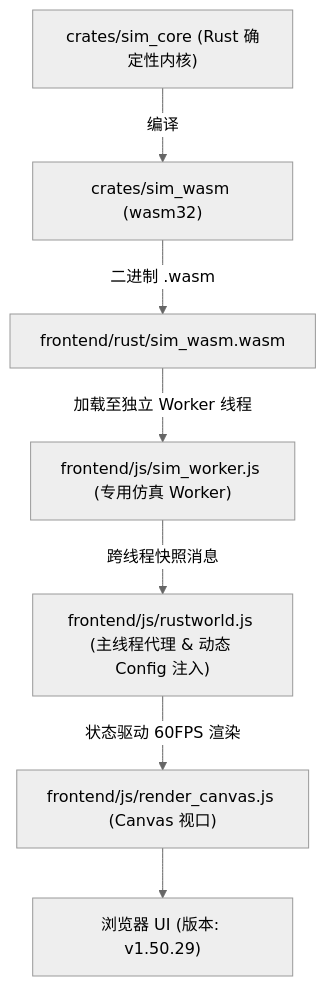
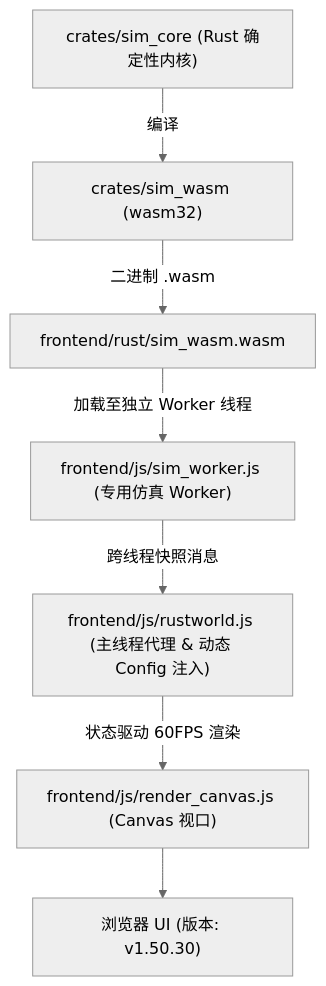
Before and after one commit to g39088902/FlowAndAccord: the diagram in AGENTS.md, drawn with Mermaid (neutral theme). The commit also changed other lines of this file and 20 other files, not shown here.

````diff
--- a/AGENTS.md
+++ b/AGENTS.md
@@ -61,9 +61,9 @@
 ```mermaid
 graph TD
     A["crates/sim_core (Rust 确定性内核)"] -->|编译| B["crates/sim_wasm (wasm32)"]
     B -->|二进制 .wasm| C["frontend/rust/sim_wasm.wasm"]
     C -->|加载至独立 Worker 线程| D["frontend/js/sim_worker.js (专用仿真 Worker)"]
     D -->|跨线程快照消息| E["frontend/js/rustworld.js (主线程代理 & 动态 Config 注入)"]
     E -->|状态驱动 60FPS 渲染| F["frontend/js/render_canvas.js (Canvas 视口)"]
-    F --> G["浏览器 UI (版本: v1.50.29)"]
+    F --> G["浏览器 UI (版本: v1.50.30)"]
 ```
````
